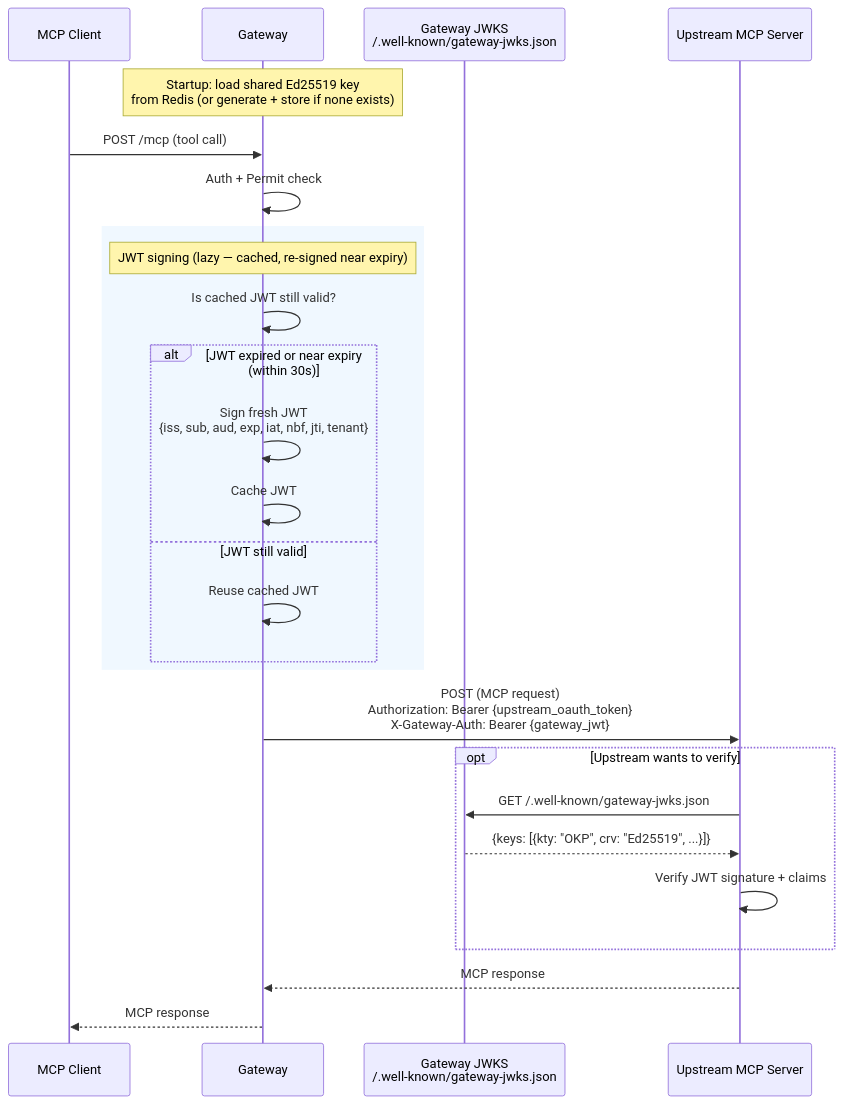
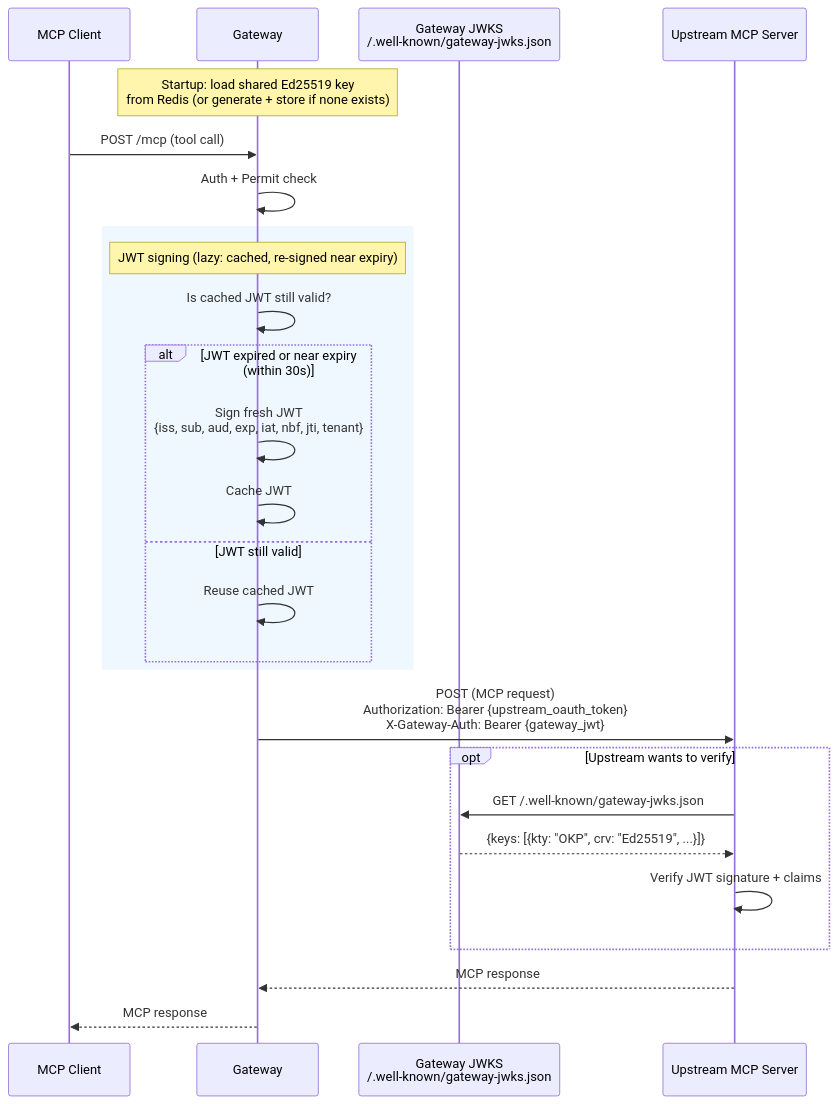
Before and after one commit to permitio/docs: the eighth of 8 diagrams in docs/permit-mcp-gateway/architecture.mdx, drawn with Mermaid. The commit also changed other lines of this file and 356 other files, not shown here.

````diff
--- a/docs/permit-mcp-gateway/architecture.mdx
+++ b/docs/permit-mcp-gateway/architecture.mdx
@@ -454,34 +424,34 @@
 ```mermaid
 sequenceDiagram
     participant Client as MCP Client
     participant GW as Gateway
     participant JWKS as Gateway JWKS<br/>/.well-known/gateway-jwks.json
     participant Up as Upstream MCP Server
 
     Note over GW: Startup: load shared Ed25519 key<br/>from Redis (or generate + store if none exists)
 
     Client->>GW: POST /mcp (tool call)
     GW->>GW: Auth + Permit check
 
     rect rgb(240, 248, 255)
-        Note over GW: JWT signing (lazy — cached, re-signed near expiry)
+        Note over GW: JWT signing (lazy: cached, re-signed near expiry)
         GW->>GW: Is cached JWT still valid?
         alt JWT expired or near expiry (within 30s)
             GW->>GW: Sign fresh JWT<br/>{iss, sub, aud, exp, iat, nbf, jti, tenant}
             GW->>GW: Cache JWT
         else JWT still valid
             GW->>GW: Reuse cached JWT
         end
     end
 
     GW->>Up: POST (MCP request)<br/>Authorization: Bearer {upstream_oauth_token}<br/>X-Gateway-Auth: Bearer {gateway_jwt}
 
     opt Upstream wants to verify
         Up->>JWKS: GET /.well-known/gateway-jwks.json
         JWKS-->>Up: {keys: [{kty: "OKP", crv: "Ed25519", ...}]}
         Up->>Up: Verify JWT signature + claims
     end
 
     Up-->>GW: MCP response
     GW-->>Client: MCP response
 ```
````
